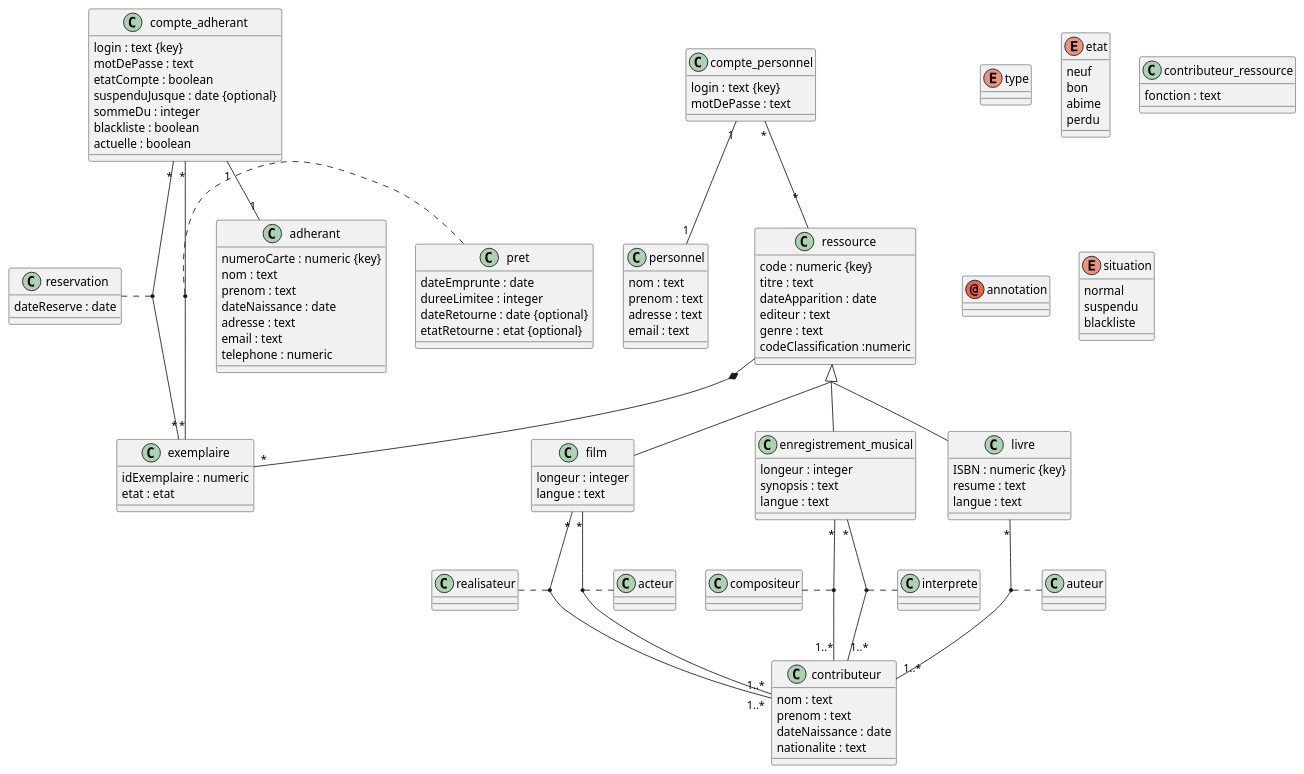
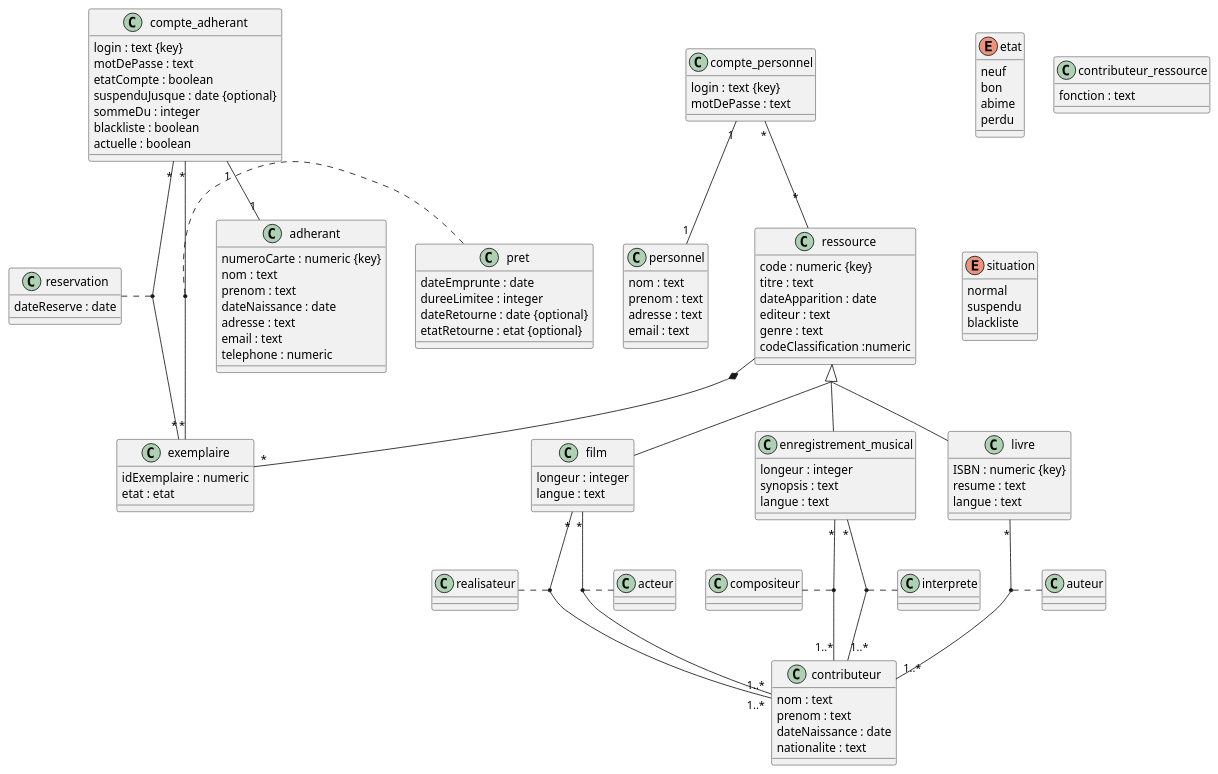
Before and after one commit to Ocean2356/Library-Management-System: the diagram in Rendu 1/MCDv1.plantuml, drawn with PlantUML.

Commit message:
Encore une petite modification

```diff
--- a/Rendu 1/MCDv1.plantuml
+++ b/Rendu 1/MCDv1.plantuml
@@ -1,172 +1,172 @@
 @startuml MCD Biblio
 abstract class ressource
 class livre
 class film
 class enregistrement_musical
-enum type
+
 class exemplaire
 enum etat 
 class contributeur
 class contributeur_ressource
 
 class compte_personnel
 class personnel 
 class compte_adherant
 class adherant
 
 class pret 
 class reservation
 /'
 class ajout_ressource
 class modif_ressource
 class ajout_exemplaire
 class modif_exemplaire
 '/
-annotation annotation
+
 
 
 skinparam groupInheritance 2
 ressource <|-- livre
 ressource <|-- film
 ressource <|-- enregistrement_musical
 
 
 
 livre "*" -- "1..*" contributeur
 (livre, contributeur) . auteur
 enregistrement_musical "*" -- "1..*" contributeur
 (enregistrement_musical, contributeur) . compositeur
 enregistrement_musical "*" -- "1..*" contributeur
 (enregistrement_musical, contributeur) . interprete
 film "*" -- "1..*" contributeur
 (film, contributeur) . realisateur
 film "*" -- "1..*" contributeur
 (film, contributeur) . acteur
 
 
 
 
 
 ressource *-- "*" exemplaire
 
 compte_personnel "1" -- "1" personnel
 compte_personnel "*" -- "*" ressource
 /'
 compte_personnel "*" -- "*" ressource
 (compte_personnel, ressource) . ajout_ressource
 compte_personnel "*" -- "*" ressource
 (compte_personnel, ressource) . modif_ressource
 compte_personnel "*" -- "*" exemplaire
 (compte_personnel, exemplaire) . ajout_exemplaire
 compte_personnel "*" -- "*" exemplaire
 (compte_personnel, exemplaire) . modif_exemplaire
 '/
 compte_adherant "1" -- "1" adherant
 compte_adherant "*" -- "*" exemplaire
 (compte_adherant, exemplaire) . reservation
 compte_adherant "*" -- "*" exemplaire
 (compte_adherant, exemplaire) . pret
 
 enum etat{
     neuf 
     bon
     abime 
     perdu
 }
 
 enum situation{
     normal
     suspendu
     blackliste
 
 }
 
 class ressource{
     'Numeric manque paramètre
     code : numeric {key}
     titre : text
     dateApparition : date 
     editeur : text
     genre : text
     codeClassification :numeric
 }
 
 class contributeur{
     nom : text
     prenom : text
     dateNaissance : date
     nationalite : text
 }
 
 class livre{
     ISBN : numeric {key}
     resume : text
     langue : text
 }
 
 class film{
     longeur : integer
     langue : text
 }
 
 class enregistrement_musical{
     longeur : integer
     synopsis : text
     langue : text
 }
 
 class exemplaire{
     idExemplaire : numeric
     etat : etat
 }
 
 class personnel{
     nom : text
     prenom : text
     adresse : text
     email : text
 }
 
 class compte_personnel{
     login : text {key}
     motDePasse : text
 }
 
 class contributeur_ressource{
     fonction : text
 }
 
 class adherant{
     numeroCarte : numeric {key}
     nom : text
     prenom : text
     dateNaissance : date
     adresse : text
     email : text
     telephone : numeric
 }
 
 'Un héritage pour compte_adhérant?
 
 class compte_adherant{
     login : text {key}
     motDePasse : text
     etatCompte : boolean
     suspenduJusque : date {optional}
     sommeDu : integer
     blackliste : boolean
     actuelle : boolean
 }
 
 class pret{
     dateEmprunte : date
     dureeLimitee : integer
     dateRetourne : date {optional}
     etatRetourne : etat {optional}
 }
 
 class reservation{
     dateReserve : date
 }
 
 @enduml
```
